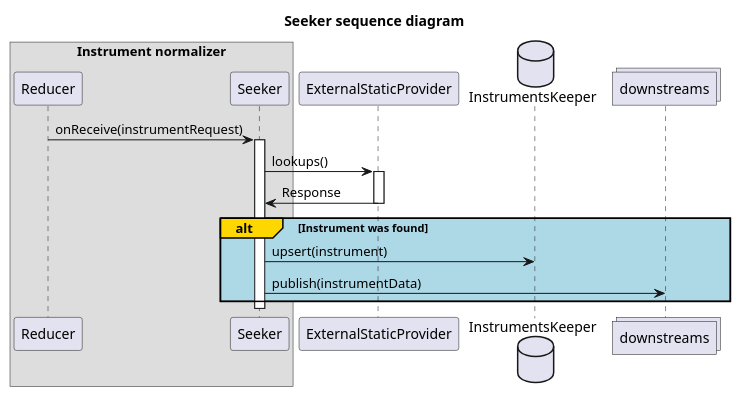
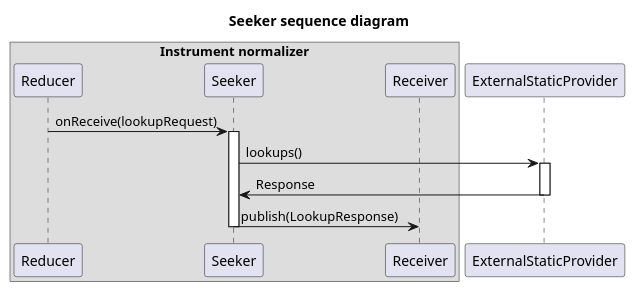
Before and after one commit to limitium/istrument-normalizer: the diagram in docs/design/src/3 Components/3-3 Seeker/seeker.puml, drawn with PlantUML. The commit also changed 25 other files, not shown here.

```diff
--- a/docs/design/src/3 Components/3-3 Seeker/seeker.puml
+++ b/docs/design/src/3 Components/3-3 Seeker/seeker.puml
@@ -1,25 +1,22 @@
 @startuml
 
 title Seeker sequence diagram
 
 box "Instrument normalizer"
 participant Reducer order 20 
 participant Seeker order 30 
+participant Receiver order 40
 end box
 participant ExternalStaticProvider order 50 
-database InstrumentsKeeper order 55
-collections downstreams order 70
 
-Reducer -> Seeker : onReceive(instrumentRequest)
+
+Reducer -> Seeker : onReceive(lookupRequest)
 activate Seeker
 Seeker -> ExternalStaticProvider : lookups()
 activate ExternalStaticProvider
 ExternalStaticProvider -> Seeker: Response
 deactivate ExternalStaticProvider
-alt#Gold #LightBlue Instrument was found
-Seeker -> InstrumentsKeeper : upsert(instrument)
-Seeker -> downstreams : publish(instrumentData)
-end
+Seeker -> Receiver : publish(LookupResponse)
 deactivate Seeker
 
 @enduml
```
